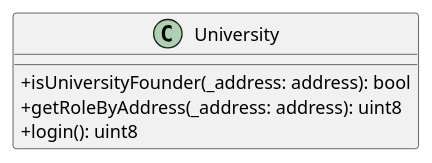
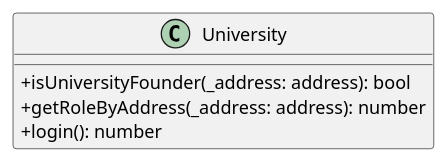
One commit to M9k/Marvin-Uml changed the diagram in web3function/file/University.iuml. Above: the diagram before and after it, drawn with PlantUML. The commit also changed 13 other files, not shown here.

```diff
--- a/web3function/file/University.iuml
+++ b/web3function/file/University.iuml
@@ -1,8 +1,8 @@
 @startuml
 skinparam classAttributeIconSize 0
 class University{
 + isUniversityFounder(_address: address): bool
-+ getRoleByAddress(_address: address): uint8
-+ login(): uint8
++ getRoleByAddress(_address: address): number
++ login(): number
 }
 @enduml
```
